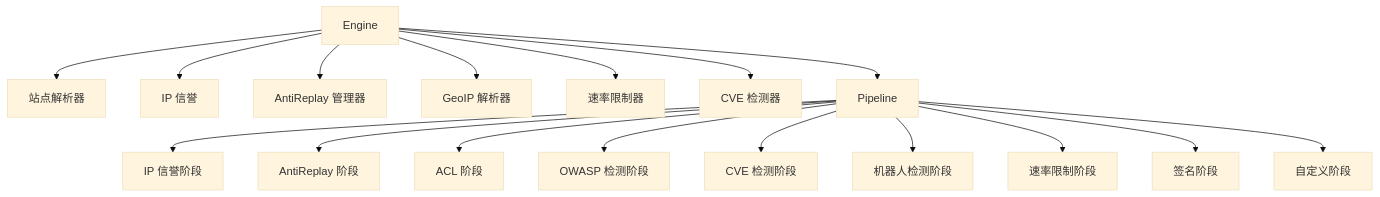
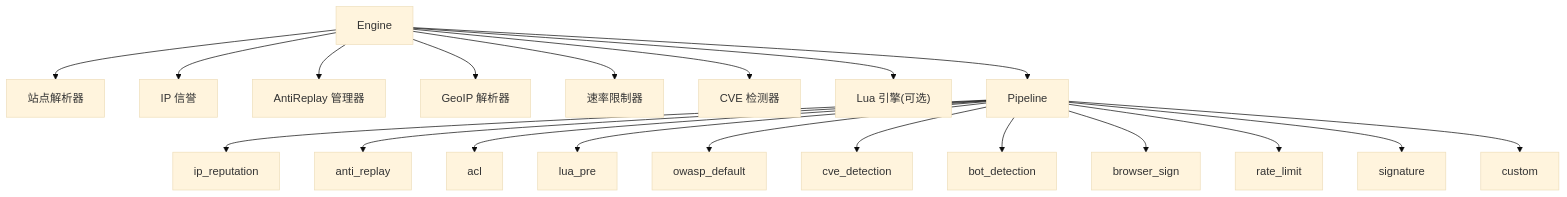
One commit to x01n/My-OpenWaf changed the tenth of 10 diagrams in docs/WAF 引擎系统/处理阶段详解/处理阶段详解.md. Above: the diagram before and after it, drawn with Mermaid (base theme). The commit also changed other lines of this file and 622 other files, not shown here.

````diff
--- a/docs/WAF 引擎系统/处理阶段详解/处理阶段详解.md
+++ b/docs/WAF 引擎系统/处理阶段详解/处理阶段详解.md
@@ -460,19 +429,22 @@
 ```mermaid
 graph TB
 Engine["Engine"] --> Resolver["站点解析器"]
 Engine --> IPRep["IP 信誉"]
 Engine --> AR["AntiReplay 管理器"]
 Engine --> Geo["GeoIP 解析器"]
 Engine --> RL["速率限制器"]
 Engine --> CVE["CVE 检测器"]
+Engine --> Lua["Lua 引擎(可选)"]
 Engine --> Pipe["Pipeline"]
-Pipe --> Ph_IPRep["IP 信誉阶段"]
-Pipe --> Ph_AR["AntiReplay 阶段"]
-Pipe --> Ph_ACL["ACL 阶段"]
-Pipe --> Ph_OWASP["OWASP 检测阶段"]
-Pipe --> Ph_CVE["CVE 检测阶段"]
-Pipe --> Ph_Bot["机器人检测阶段"]
-Pipe --> Ph_Rate["速率限制阶段"]
-Pipe --> Ph_Sig["签名阶段"]
-Pipe --> Ph_Custom["自定义阶段"]
+Pipe --> P1["ip_reputation"]
+Pipe --> P2["anti_replay"]
+Pipe --> P3["acl"]
+Pipe --> P4["lua_pre"]
+Pipe --> P5["owasp_default"]
+Pipe --> P6["cve_detection"]
+Pipe --> P7["bot_detection"]
+Pipe --> P8["browser_sign"]
+Pipe --> P9["rate_limit"]
+Pipe --> P10["signature"]
+Pipe --> P11["custom"]
 ```
````
